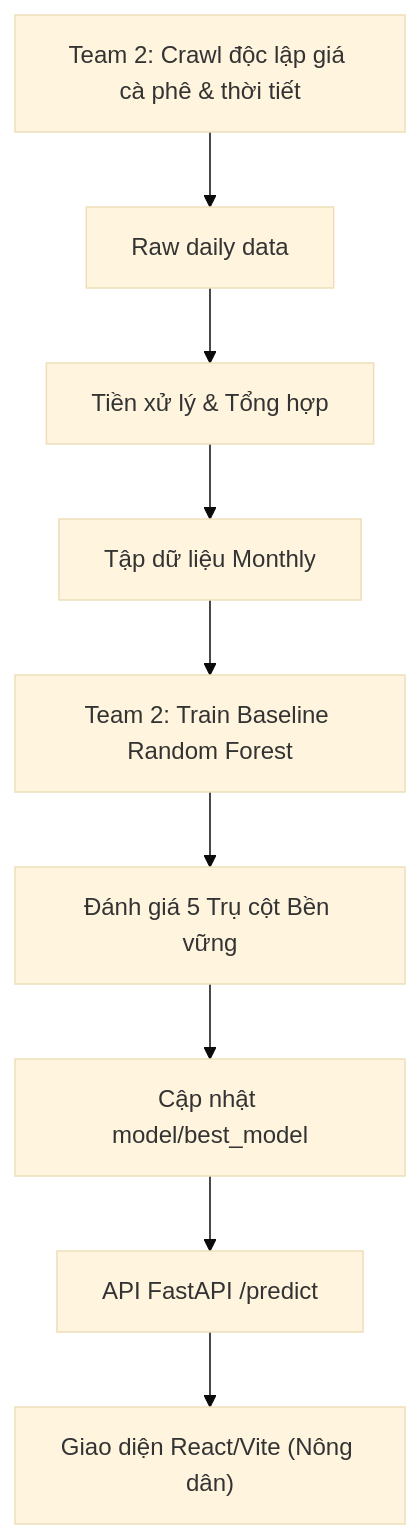
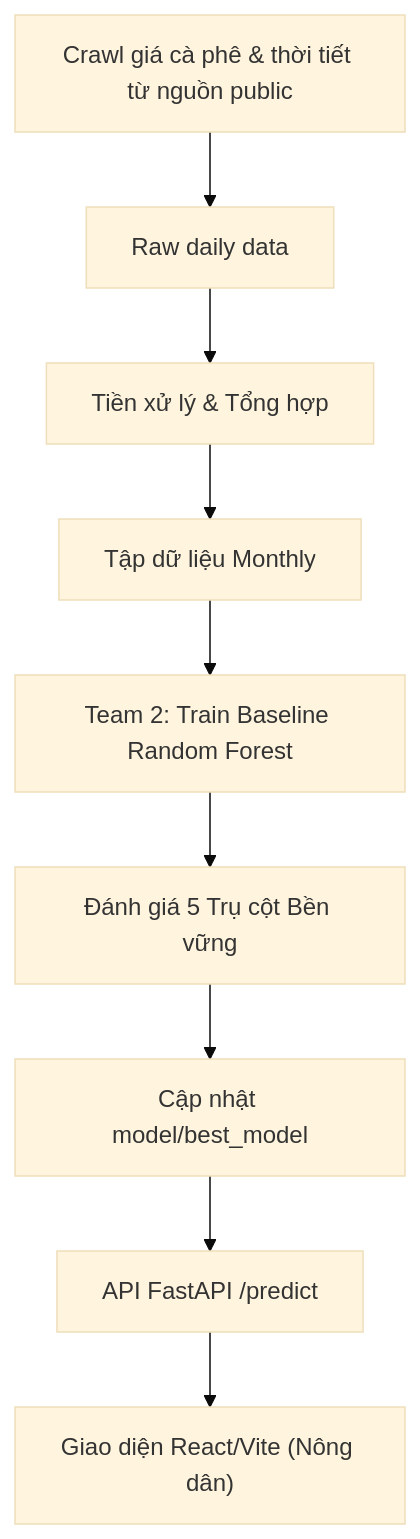
Before and after one commit to uit-25730067-chithanh/AI002-Team22-DT10: the diagram in README.md, drawn with Mermaid (base theme). The commit also changed other lines of this file and 129 other files, not shown here.

````diff
--- a/README.md
+++ b/README.md
@@ -204,14 +204,14 @@
 ```mermaid
 flowchart TD
-    A["Team 2: Crawl độc lập giá cà phê & thời tiết"] --> B["Raw daily data"]
+    A["Crawl giá cà phê & thời tiết từ nguồn public"] --> B["Raw daily data"]
     
     B --> G["Tiền xử lý & Tổng hợp"]
 
     G --> I["Tập dữ liệu Monthly"]
     I --> M["Team 2: Train Baseline Random Forest"]
 
     M --> N["Đánh giá 5 Trụ cột Bền vững"]
     N --> O["Cập nhật model/best_model"]
     O --> P["API FastAPI /predict"]
     P --> Q["Giao diện React/Vite (Nông dân)"]
 ```
````
